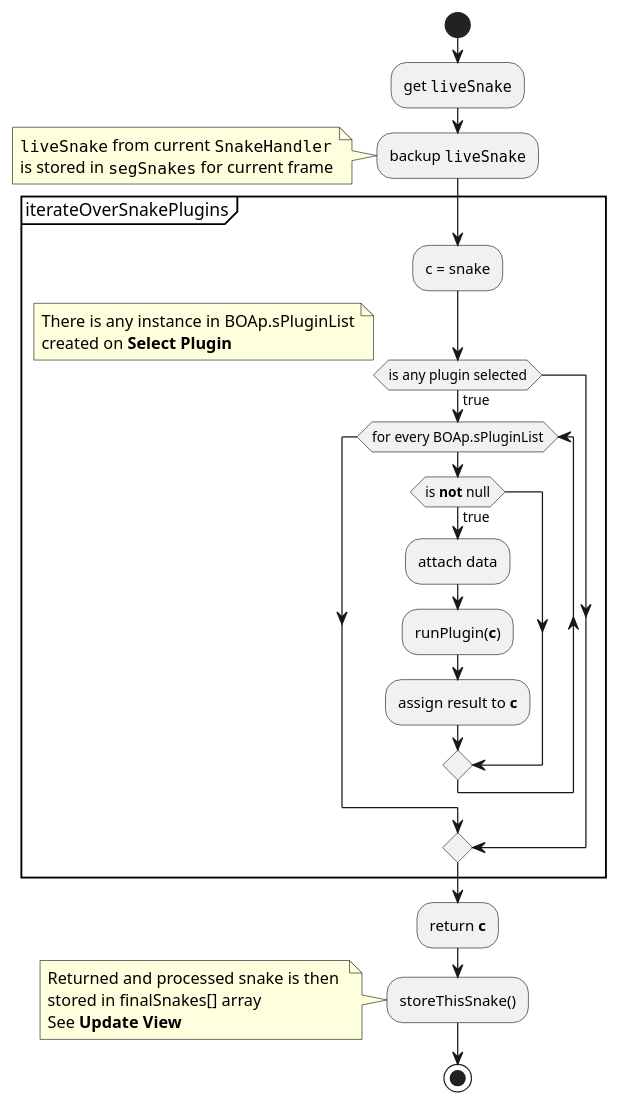
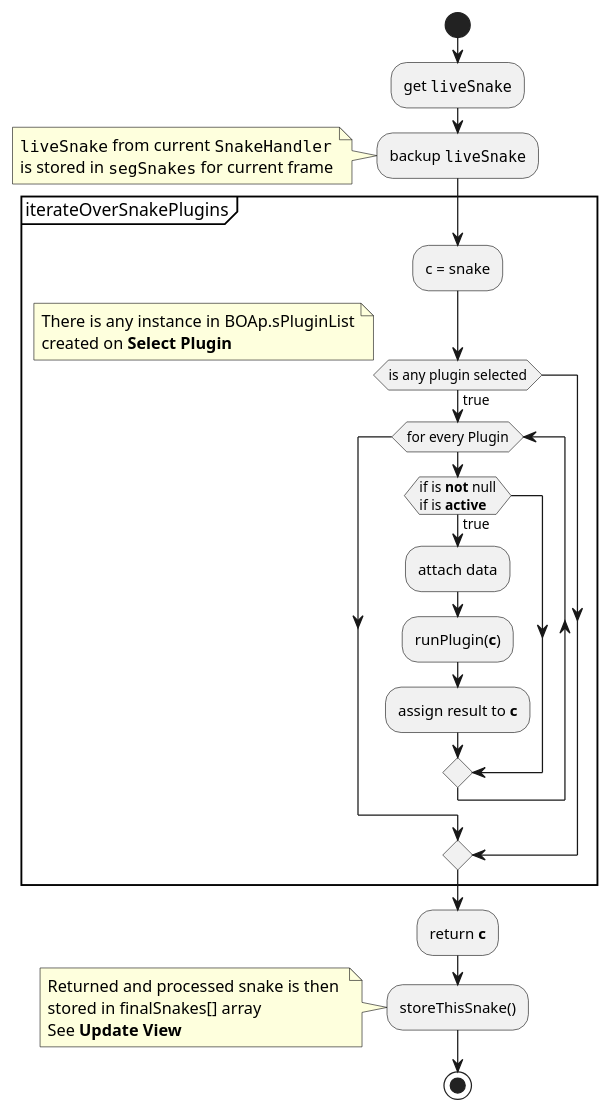
Before and after one commit to CellDynamics/QuimP: the fourth of 8 diagrams in Doxygen_doc/SnakePlugin.md, drawn with PlantUML. The commit also changed other lines of this file and 7 other files, not shown here.

```diff
--- a/Doxygen_doc/SnakePlugin.md
+++ b/Doxygen_doc/SnakePlugin.md
@@ -193,30 +330,30 @@
 @startuml
 start
 :get ""liveSnake"";
 :backup ""liveSnake"";
 note left
 ""liveSnake"" from current ""SnakeHandler""
 is stored in ""segSnakes"" for current frame
 end note
 partition iterateOverSnakePlugins {
 :c = snake;
 if (is any plugin selected) then (true)
 note left: There is any instance in BOAp.sPluginList\ncreated on **Select Plugin**
-while (for every BOAp.sPluginList)
-if (is **not** null) then (true)
+while (for every Plugin)
+if (if is **not** null\nif is **active**) then (true)
 :attach data;
 :runPlugin(**c**);
 :assign result to **c**;
 endif
 endwhile
 endif
 }
 :return **c**;
 :storeThisSnake();
 note left
 Returned and processed snake is then 
 stored in finalSnakes[] array
 See **Update View**
 end note
 stop
 @enduml
```
